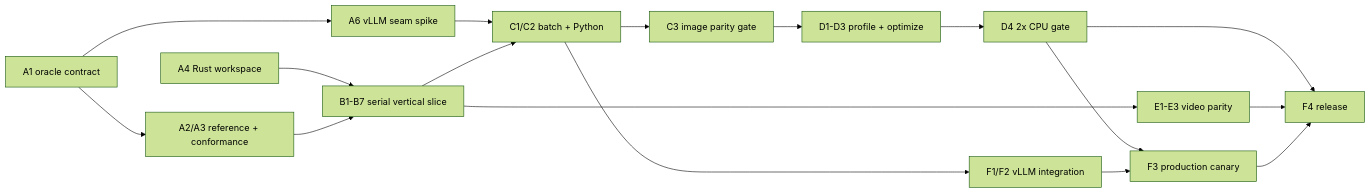
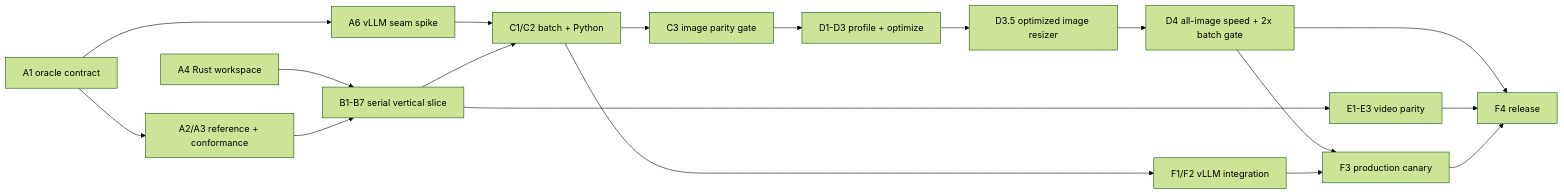
One commit to jbohnslav/qwen-mm changed the diagram in ROADMAP.md. Above: the diagram before and after it, drawn with Mermaid (forest theme). The commit also changed other lines of this file and 8 other files, not shown here.

````diff
--- a/ROADMAP.md
+++ b/ROADMAP.md
@@ -334,19 +339,20 @@
 ```mermaid
 flowchart LR
     A["A1 oracle contract"] --> R["A2/A3 reference + conformance"]
     A --> V["A6 vLLM seam spike"]
     W["A4 Rust workspace"] --> C["B1-B7 serial vertical slice"]
     R --> C
     V --> B["C1/C2 batch + Python"]
     C --> B
     B --> P["C3 image parity gate"]
     P --> O["D1-D3 profile + optimize"]
-    O --> S["D4 2x CPU gate"]
+    O --> RZ["D3.5 optimized image resizer"]
+    RZ --> S["D4 all-image speed + 2x batch gate"]
     C --> T["E1-E3 video parity"]
     B --> I["F1/F2 vLLM integration"]
     S --> X["F3 production canary"]
     I --> X
     S --> Z["F4 release"]
     T --> Z
     X --> Z
 ```
````
